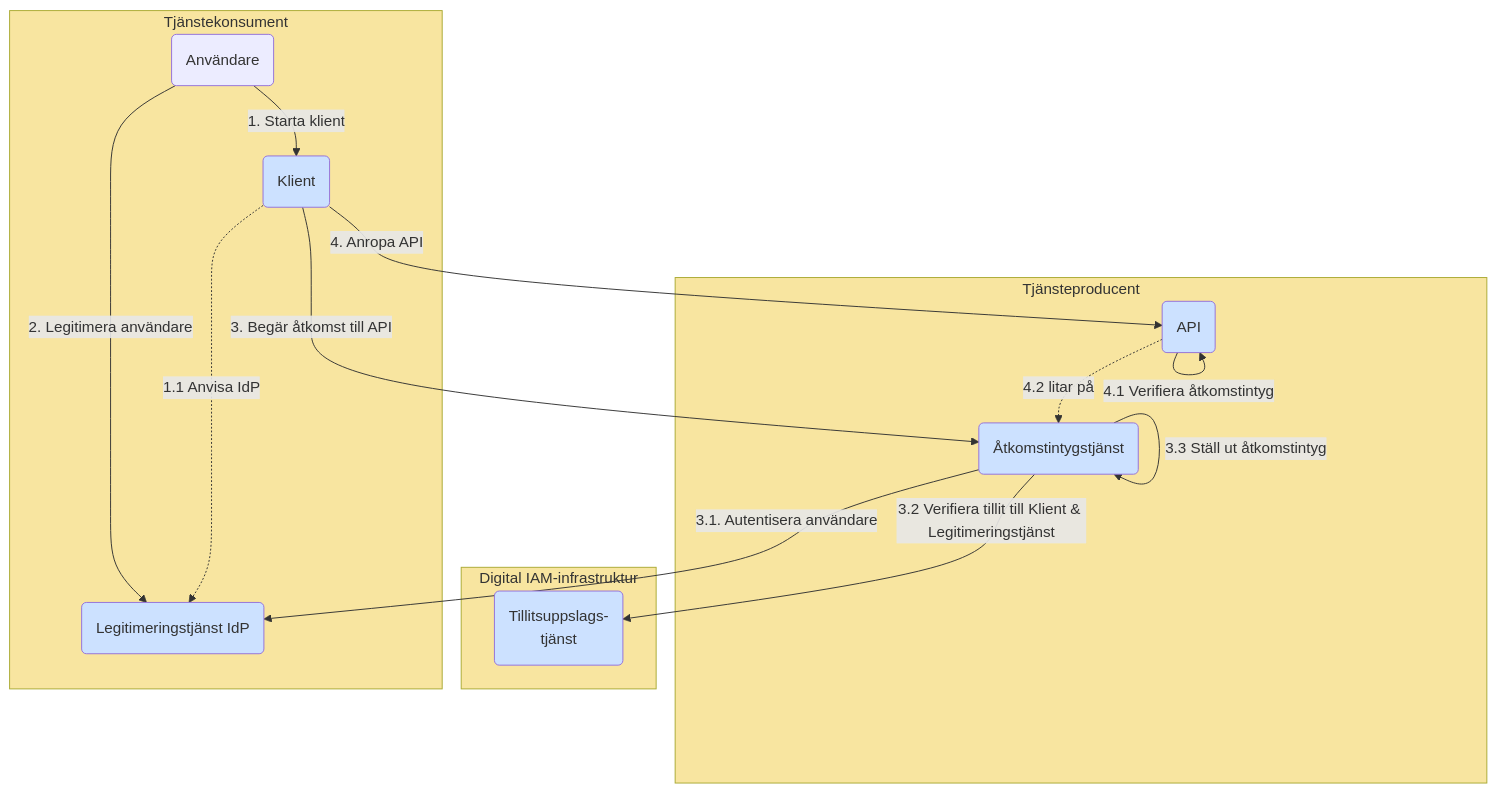
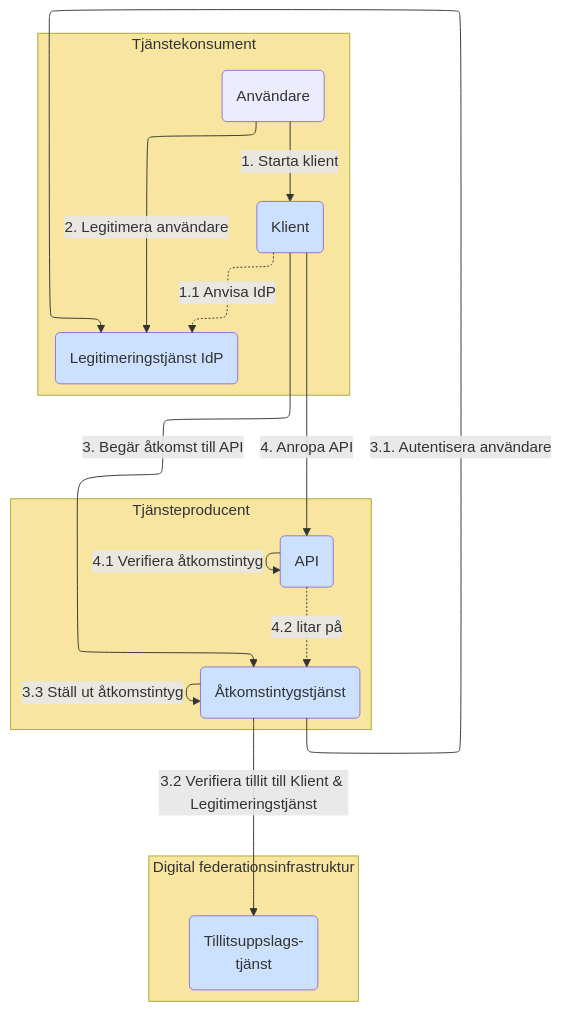
One commit to diggsweden/ena-authorization changed the fifth of 11 diagrams in architecture/drafts/IAM_TargetArchitecture_Sweden.md. Above: the diagram before and after it, drawn with Mermaid. The commit also changed other lines of this file, not shown here.

````diff
--- a/architecture/drafts/IAM_TargetArchitecture_Sweden.md
+++ b/architecture/drafts/IAM_TargetArchitecture_Sweden.md
@@ -167,36 +176,37 @@
 ```mermaid
+%%{init: {"flowchart": {"defaultRenderer": "elk"}} }%%
 flowchart TB
  
 classDef org fill:#F8E5A0
 classDef comp fill:#CCE1FF
 classDef box fill:#ffffff,stroke:#000000
 
 subgraph po[Tjänsteproducent]
     p(API):::comp
     as(Åtkomstintygstjänst):::comp
 end
 po:::org
 
-subgraph ss[Digital IAM-infrastruktur]
+subgraph ss[Digital federationsinfrastruktur]
     t(Tillitsuppslags-<br>tjänst):::comp
 end
 ss:::org
 
 subgraph co[Tjänstekonsument]
     idp(Legitimeringstjänst IdP):::comp
     u(Användare)
     c(Klient):::comp
 end
 co:::org
 
 u--<p>1. Starta klient-->c
 c-.1#46;1 Anvisa IdP.->idp
 u--<p>2. Legitimera användare-->idp
 c--<p>3. Begär åtkomst till API-->as
 as--<p>3.1. Autentisera användare-->idp 
 as--<p>3.2 Verifiera tillit till Klient & Legitimeringstjänst-->t
 as--<p>3.3 Ställ ut åtkomstintyg-->as
 c--<p>4. Anropa API-->p
 p--<p>4.1 Verifiera åtkomstintyg-->p
 p-.4#46;2 litar på.->as
 ```
````
